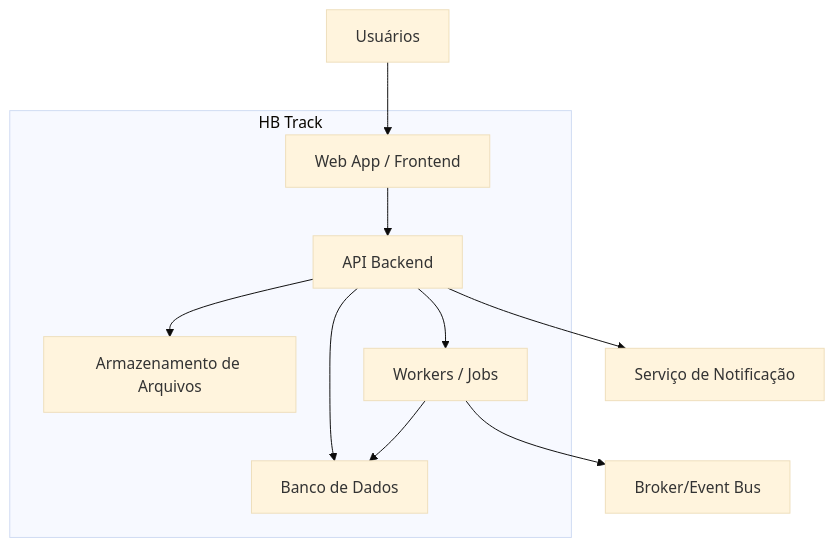
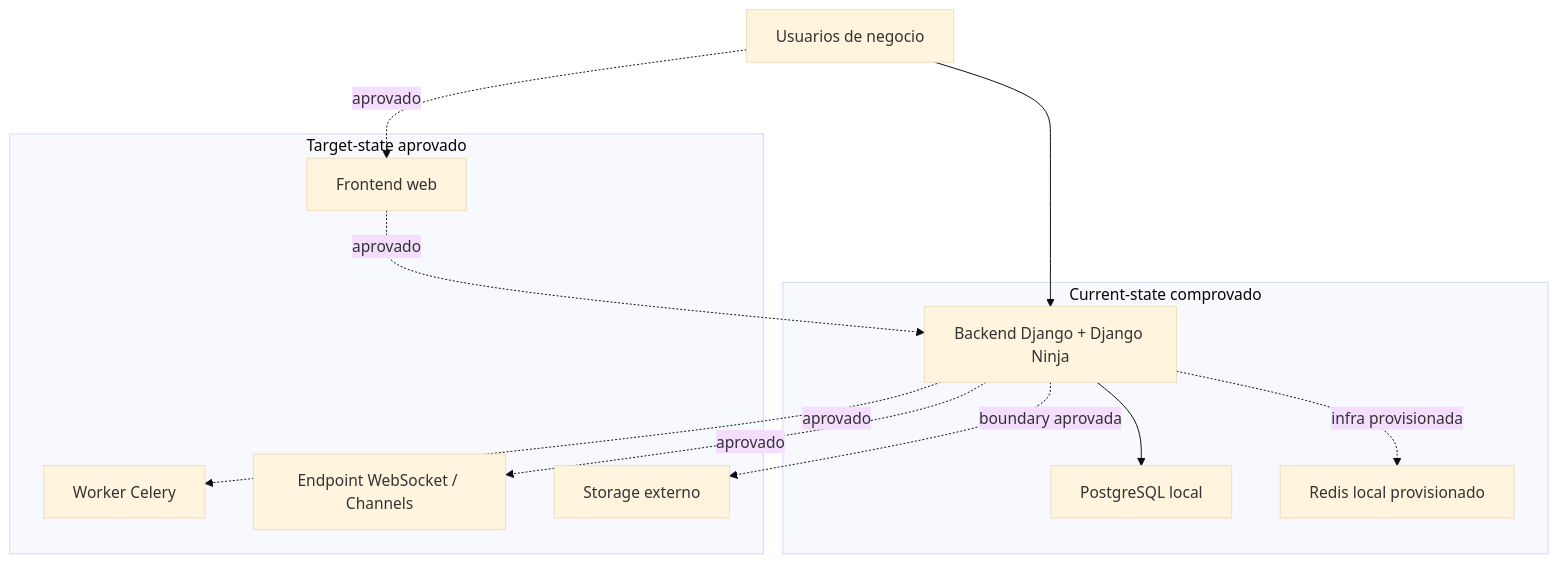
One commit to hbtrack/official changed the diagram in docs/_canon/C4_CONTAINERS.md. Above: the diagram before and after it, drawn with Mermaid (base theme). The commit also changed other lines of this file and 126 other files, not shown here.

````diff
--- a/docs/_canon/C4_CONTAINERS.md
+++ b/docs/_canon/C4_CONTAINERS.md
@@ -6,24 +41,27 @@
 ```mermaid
 flowchart TB
-  user["Usuários"]
+  user["Usuarios de negocio"]
 
-  subgraph platform["HB Track"]
-    web["Web App / Frontend"]
-    api["API Backend"]
-    db["Banco de Dados"]
-    files["Armazenamento de Arquivos"]
-    jobs["Workers / Jobs"]
+  subgraph current["Current-state comprovado"]
+    api["Backend Django + Django Ninja"]
+    db["PostgreSQL local"]
+    redis["Redis local provisionado"]
   end
 
-  extNotif["Serviço de Notificação"]
-  extBroker["Broker/Event Bus"]
+  subgraph target["Target-state aprovado"]
+    web["Frontend web"]
+    worker["Worker Celery"]
+    ws["Endpoint WebSocket / Channels"]
+    storage["Storage externo"]
+  end
 
-  user --> web
-  web --> api
+  user --> api
   api --> db
-  api --> files
-  api --> jobs
-  jobs --> db
-  api --> extNotif
-  jobs --> extBroker
+  api -. infra provisionada .-> redis
+
+  user -. aprovado .-> web
+  web -. aprovado .-> api
+  api -. aprovado .-> worker
+  api -. aprovado .-> ws
+  api -. boundary aprovada .-> storage
 ```
````
